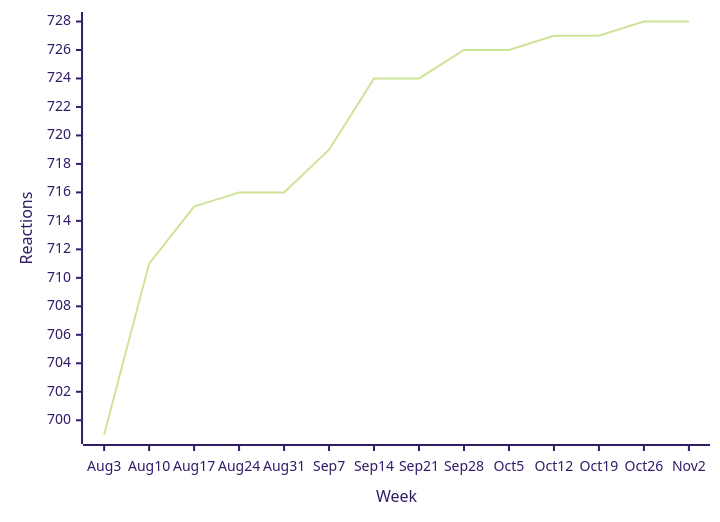
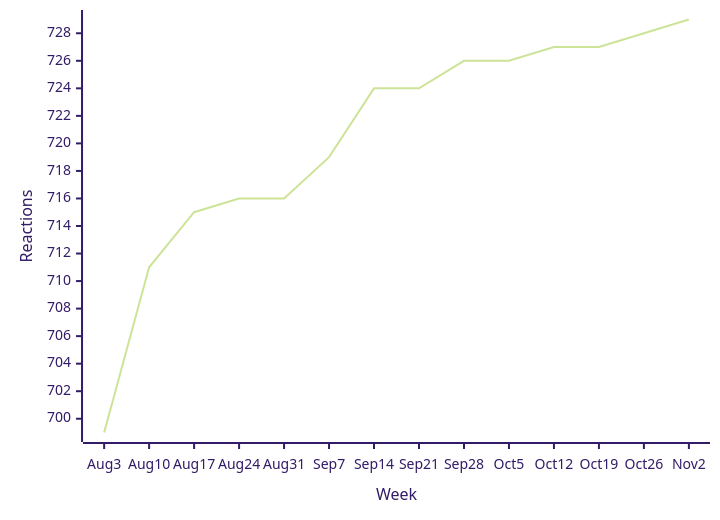
The first of 39 diagrams in README.md (loic-sharma/github-insights), drawn with Mermaid (forest theme) before and after one commit. The commit also changed other lines of this file and 3 other files, not shown here.

````diff
--- a/README.md
+++ b/README.md
@@ -324,6 +324,6 @@
   ```mermaid
   xychart-beta
     x-axis "Week" [Aug 3, Aug 10, Aug 17, Aug 24, Aug 31, Sep 7, Sep 14, Sep 21, Sep 28, Oct 5, Oct 12, Oct 19, Oct 26, Nov 2]
     y-axis "Reactions"
-    line [699, 711, 715, 716, 716, 719, 724, 724, 726, 726, 727, 727, 728, 728]
+    line [699, 711, 715, 716, 716, 719, 724, 724, 726, 726, 727, 727, 728, 729]
   ```
````
